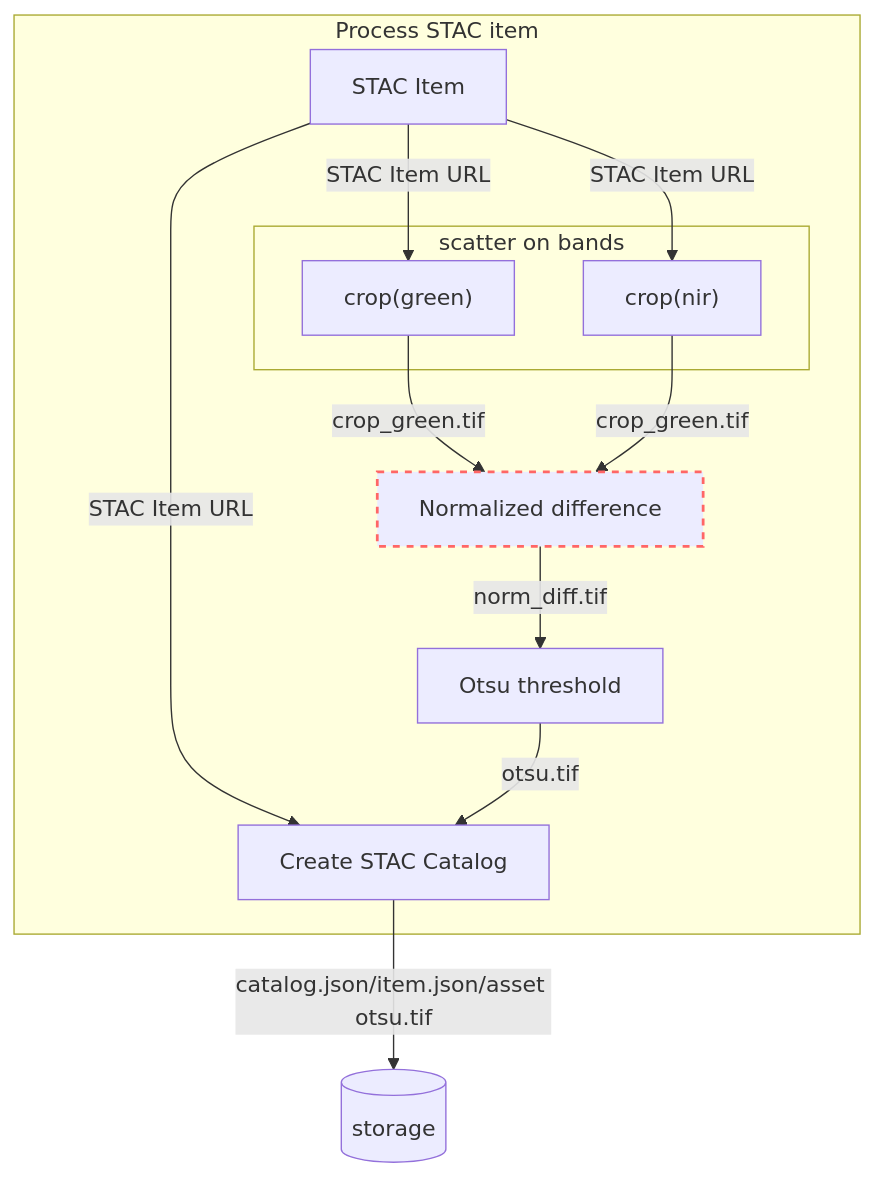
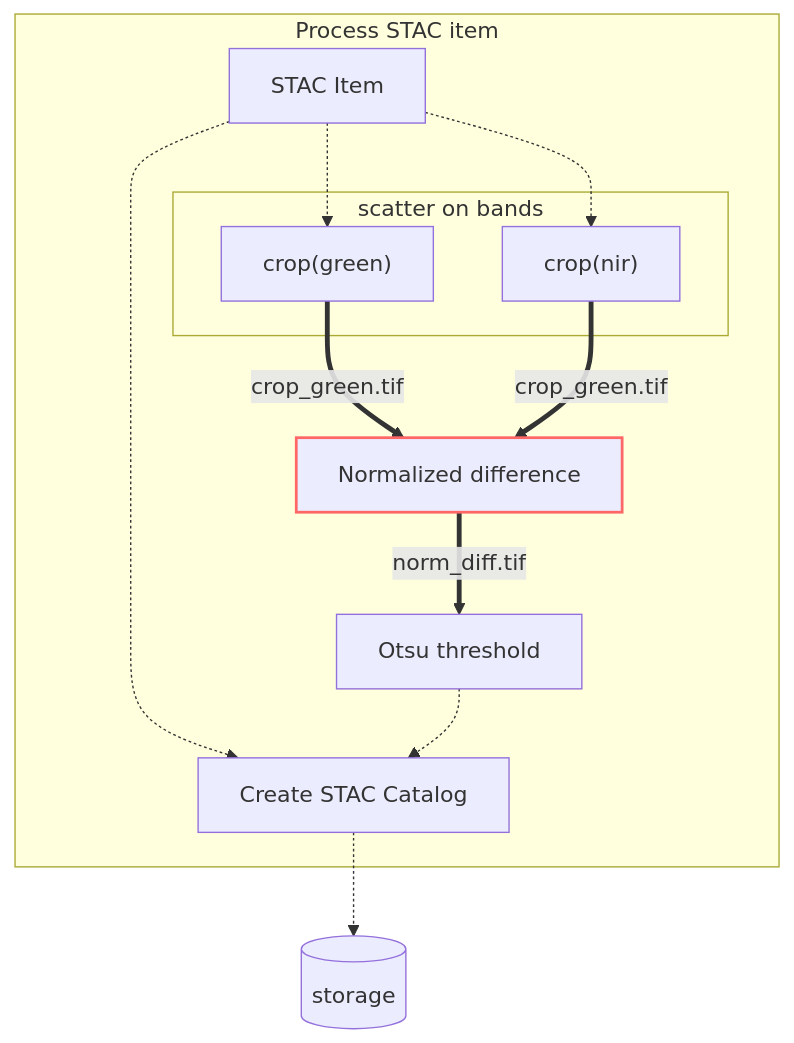
The diagram in docs/app/normalized-difference/app.md (Terradue/app-package-training-bids23), drawn with Mermaid before and after one commit.

Commit message:
norm diff app

````diff
--- a/docs/app/normalized-difference/app.md
+++ b/docs/app/normalized-difference/app.md
@@ -7,18 +7,18 @@
 ``` mermaid
 graph TB
-style D stroke:#f66,stroke-width:2px,stroke-dasharray: 5 5
+style D stroke:#f66,stroke-width:2px
 subgraph Process STAC item
-  A[STAC Item] -- STAC Item URL --> B
-  A[STAC Item] -- STAC Item URL --> C
-  A[STAC Item] -- STAC Item URL --> F
+  A[STAC Item] -.-> B
+  A[STAC Item] -.-> C
+  A[STAC Item] -.-> F
 subgraph scatter on bands
   B["crop(green)"];
   C["crop(nir)"];
 end
-  B["crop(green)"] -- crop_green.tif --> D[Normalized difference];
-  C["crop(nir)"] -- crop_green.tif --> D[Normalized difference];
-  D -- norm_diff.tif --> E[Otsu threshold]
+  B["crop(green)"] == crop_green.tif ==> D[Normalized difference];
+  C["crop(nir)"] == crop_green.tif ==> D[Normalized difference];
+  D == norm_diff.tif ==> E[Otsu threshold]
 end
-  E -- otsu.tif --> F[Create STAC Catalog]
-  F -- "catalog.json/item.json/asset otsu.tif" --> G[(storage)]
+  E -.-> F[Create STAC Catalog]
+  F -.-> G[(storage)]
 ```
````
